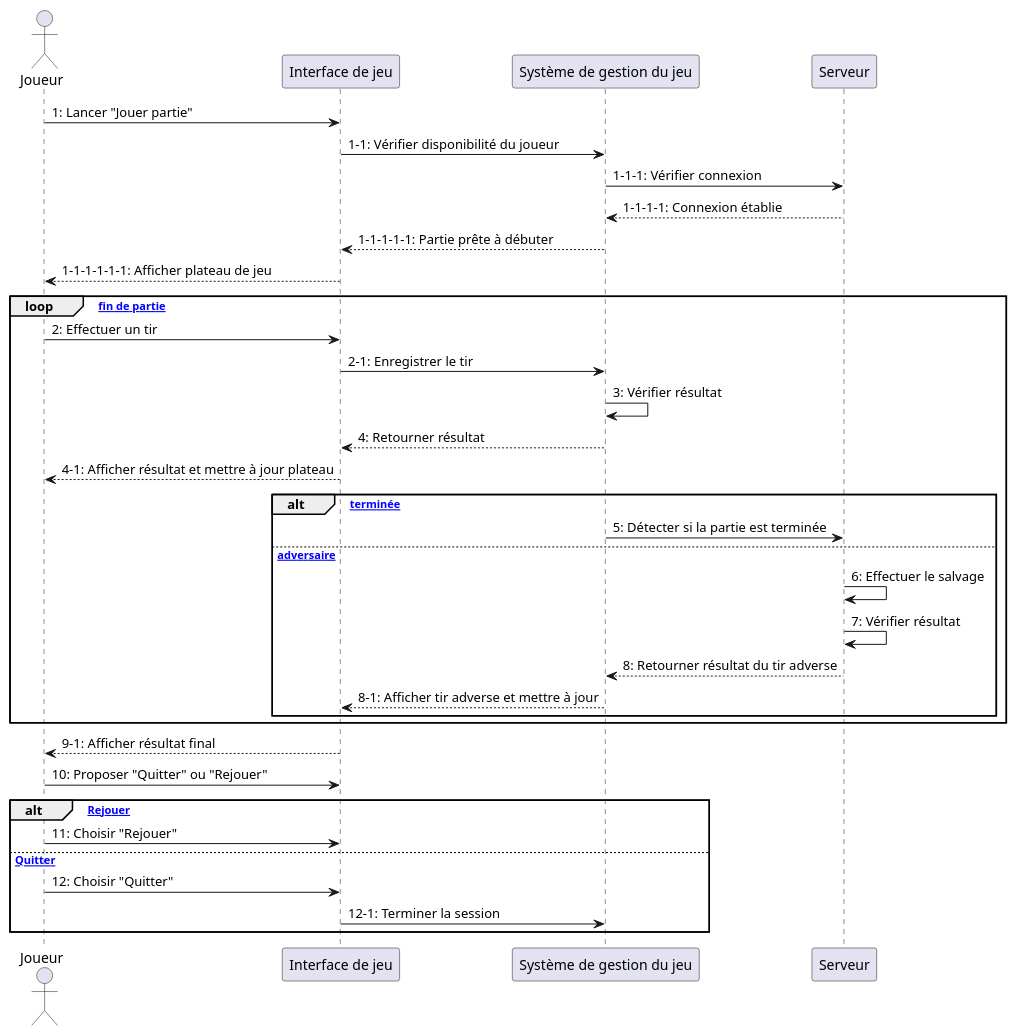
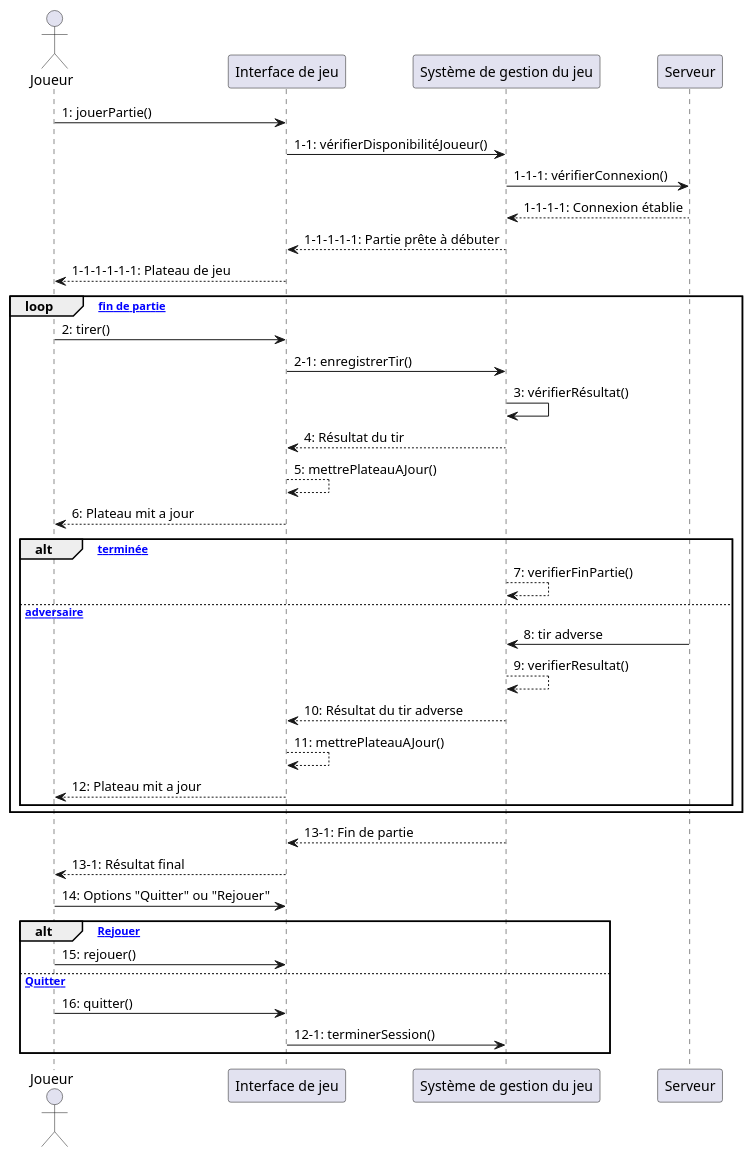
Before and after one commit to Al5uke/equipe9-inf5153-bataille-navale: the diagram in _models/sequence_diagram_play_a_game.puml, drawn with PlantUML.

Commit message:
Modification du diagramme de sequence option jouer partie

```diff
--- a/_models/sequence_diagram_play_a_game.puml
+++ b/_models/sequence_diagram_play_a_game.puml
@@ -1,47 +1,49 @@
 @startuml
 actor "Joueur" as Player
 participant "Interface de jeu" as UI
 participant "Système de gestion du jeu" as GameSystem
 participant "Serveur" as Server
 
-Player -> UI: 1: Lancer "Jouer partie"
-UI -> GameSystem: 1-1: Vérifier disponibilité du joueur
-GameSystem -> Server: 1-1-1: Vérifier connexion
+Player -> UI: 1: jouerPartie()
+UI -> GameSystem: 1-1: vérifierDisponibilitéJoueur()
+GameSystem -> Server: 1-1-1: vérifierConnexion()
 Server --> GameSystem: 1-1-1-1: Connexion établie
 GameSystem --> UI: 1-1-1-1-1: Partie prête à débuter
-UI --> Player: 1-1-1-1-1-1: Afficher plateau de jeu
+UI --> Player: 1-1-1-1-1-1: Plateau de jeu
 
 loop [Jusqu'à fin de partie]
-    Player -> UI: 2: Effectuer un tir
-    UI -> GameSystem: 2-1: Enregistrer le tir
-    GameSystem -> GameSystem: 3: Vérifier résultat
-    GameSystem --> UI: 4: Retourner résultat
-    UI --> Player: 4-1: Afficher résultat et mettre à jour plateau
+    Player -> UI: 2: tirer()
+    UI -> GameSystem: 2-1: enregistrerTir()
+    GameSystem -> GameSystem: 3: vérifierRésultat()
+    GameSystem --> UI: 4: Résultat du tir
+    UI --> UI: 5: mettrePlateauAJour()
+    UI --> Player: 6: Plateau mit a jour
 
 alt [ partie terminée]
-        
-    GameSystem -> Server: 5: Détecter si la partie est terminée
+ 
+    GameSystem --> GameSystem : 7: verifierFinPartie()       
 
 else [ tour adversaire]
 
     
-    Server -> Server: 6: Effectuer le salvage
-    
-    
-    Server -> Server: 7: Vérifier résultat
-    Server --> GameSystem: 8: Retourner résultat du tir adverse
-    GameSystem --> UI: 8-1: Afficher tir adverse et mettre à jour
+    Server -> GameSystem: 8: tir adverse
+    GameSystem --> GameSystem : 9: verifierResultat()     
+    GameSystem --> UI: 10: Résultat du tir adverse
+    UI --> UI: 11: mettrePlateauAJour()
+    UI --> Player: 12: Plateau mit a jour
 
 end
 end
-    UI --> Player: 9-1: Afficher résultat final
-    Player -> UI: 10: Proposer "Quitter" ou "Rejouer"
+
+    GameSystem --> UI: 13-1: Fin de partie
+    UI --> Player: 13-1: Résultat final
+    Player -> UI: 14: Options "Quitter" ou "Rejouer"
 
 
 alt [Rejouer]
-    Player -> UI: 11: Choisir "Rejouer"
+    Player -> UI: 15: rejouer()
 else [Quitter]
-    Player -> UI: 12: Choisir "Quitter"
-    UI -> GameSystem: 12-1: Terminer la session
+    Player -> UI: 16: quitter()
+    UI -> GameSystem: 12-1: terminerSession()
 end
 @enduml
```
